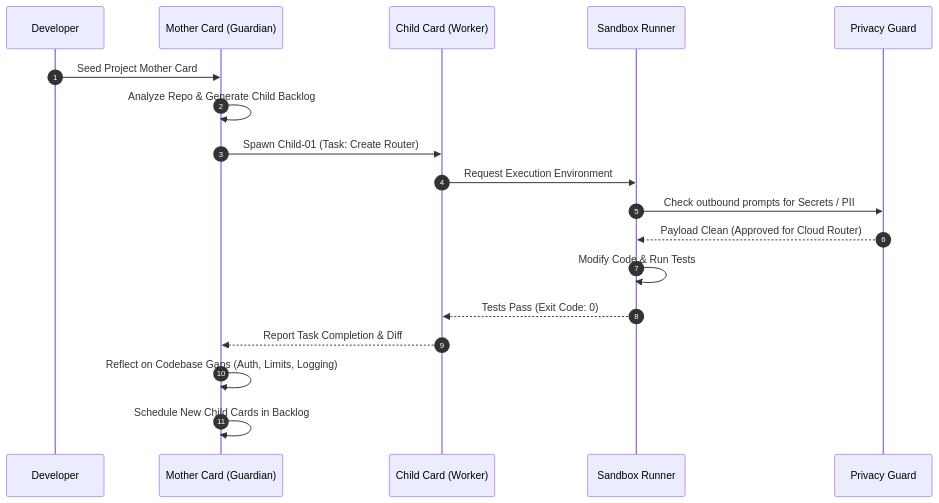
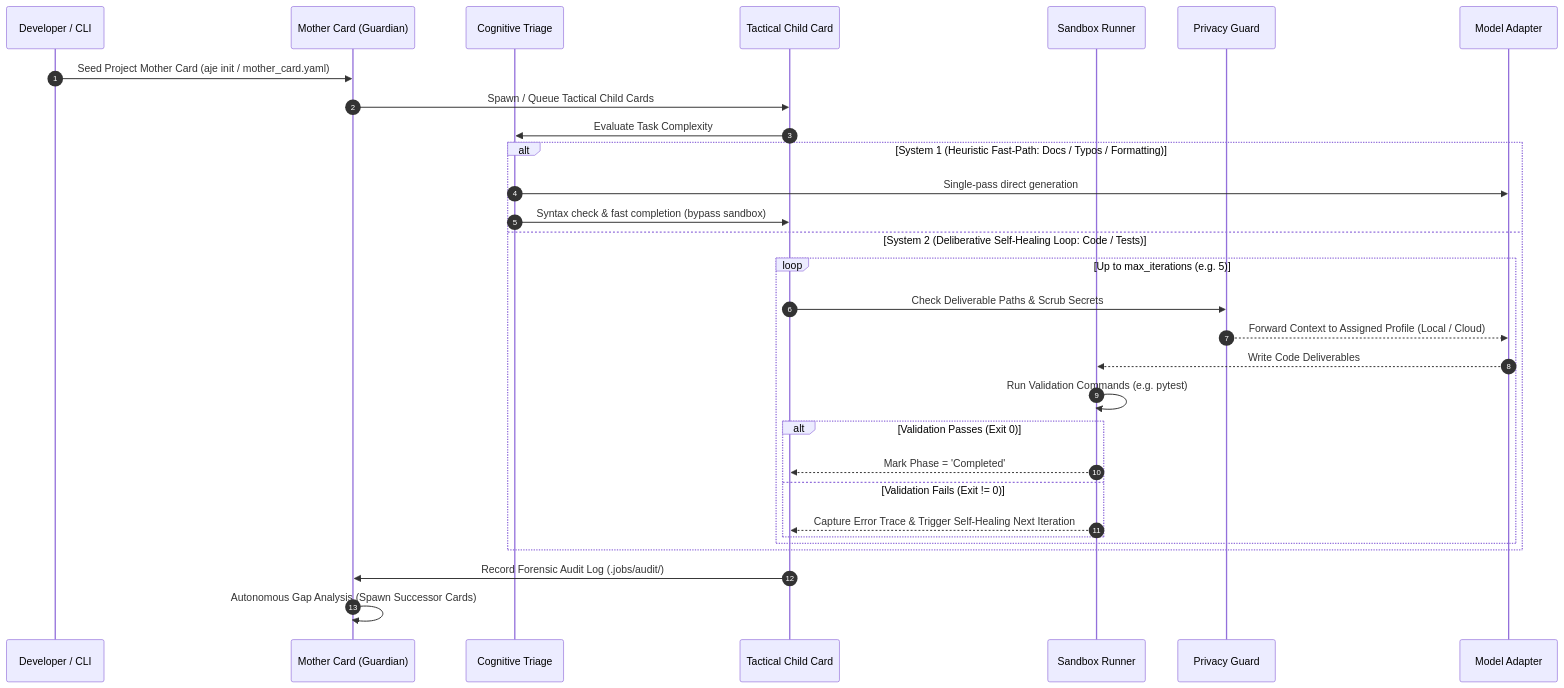
The second of 2 diagrams in docs/autonomous-job-cards-sdd.md (commitdot/autonomous-job-card-engine), drawn with Mermaid before and after one commit. The commit also changed other lines of this file and 6 other files, not shown here.

````diff
--- a/docs/autonomous-job-cards-sdd.md
+++ b/docs/autonomous-job-cards-sdd.md
@@ -67,21 +97,33 @@
 ```mermaid
 sequenceDiagram
     autonumber
-    participant Developer
+    participant Dev as Developer / CLI
     participant M as Mother Card (Guardian)
-    participant C as Child Card (Worker)
+    participant T as Cognitive Triage
+    participant C as Tactical Child Card
     participant S as Sandbox Runner
     participant P as Privacy Guard
+    participant LLM as Model Adapter
 
-    Developer->>M: Seed Project Mother Card
-    M->>M: Analyze Repo & Generate Child Backlog
-    M->>C: Spawn Child-01 (Task: Create Router)
-    C->>S: Request Execution Environment
-    S->>P: Check outbound prompts for Secrets / PII
-    P-->>S: Payload Clean (Approved for Cloud Router)
-    S->>S: Modify Code & Run Tests
-    S-->>C: Tests Pass (Exit Code: 0)
-    C-->>M: Report Task Completion & Diff
-    M->>M: Reflect on Codebase Gaps (Auth, Limits, Logging)
-    M->>M: Schedule New Child Cards in Backlog
+    Dev->>M: Seed Project Mother Card (aje init / mother_card.yaml)
+    M->>C: Spawn / Queue Tactical Child Cards
+    C->>T: Evaluate Task Complexity
+    alt System 1 (Heuristic Fast-Path: Docs / Typos / Formatting)
+        T->>LLM: Single-pass direct generation
+        T->>C: Syntax check & fast completion (bypass sandbox)
+    else System 2 (Deliberative Self-Healing Loop: Code / Tests)
+        loop Up to max_iterations (e.g. 5)
+            C->>P: Check Deliverable Paths & Scrub Secrets
+            P-->>LLM: Forward Context to Assigned Profile (Local / Cloud)
+            LLM-->>S: Write Code Deliverables
+            S->>S: Run Validation Commands (e.g. pytest)
+            alt Validation Passes (Exit 0)
+                S-->>C: Mark Phase = 'Completed'
+            else Validation Fails (Exit != 0)
+                S-->>C: Capture Error Trace & Trigger Self-Healing Next Iteration
+            end
+        end
+    end
+    C->>M: Record Forensic Audit Log (.jobs/audit/)
+    M->>M: Autonomous Gap Analysis (Spawn Successor Cards)
 ```
````
